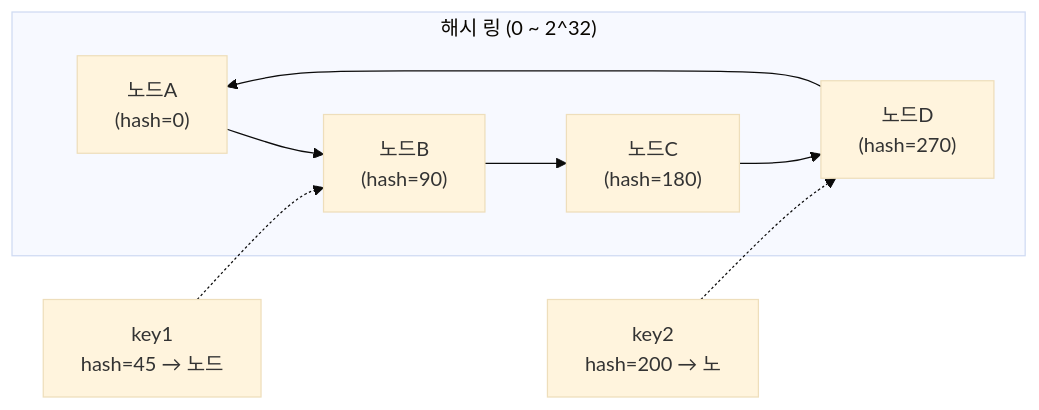
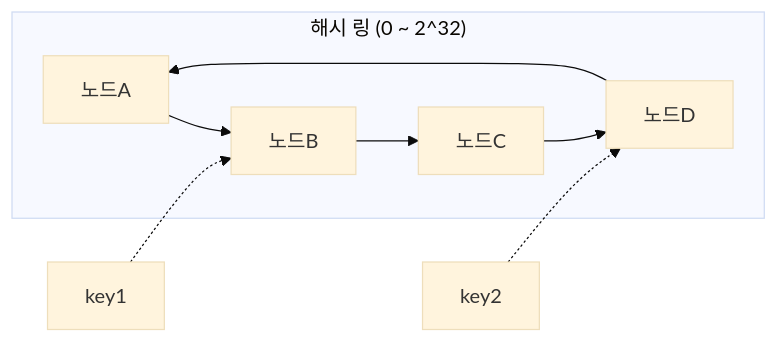
Before and after one commit to yjkim2015/yjkim2015.github.io: the first of 8 diagrams in _posts/systemdesign/2026-05-03-system-design-kv-store.md, drawn with Mermaid (base theme). The commit also changed other lines of this file and 217 other files, not shown here.

First line of the commit message:
Mermaid 크기 수정: useMaxWidth:true + SVG max-width:100% + 라벨 축소

````diff
--- a/_posts/systemdesign/2026-05-03-system-design-kv-store.md
+++ b/_posts/systemdesign/2026-05-03-system-design-kv-store.md
@@ -62,11 +62,11 @@
 ```mermaid
 graph LR
     subgraph ring["해시 링 (0 ~ 2^32)"]
-        N1["노드A\n(hash=0)"] --> N2["노드B\n(hash=90)"]
-        N2 --> N3["노드C\n(hash=180)"]
-        N3 --> N4["노드D\n(hash=270)"]
+        N1["노드A"] --> N2["노드B"]
+        N2 --> N3["노드C"]
+        N3 --> N4["노드D"]
         N4 --> N1
     end
-    K1["key1\nhash=45 → 노드"] -.-> N2
-    K2["key2\nhash=200 → 노"] -.-> N4
+    K1["key1"] -.-> N2
+    K2["key2"] -.-> N4
 ```
````
